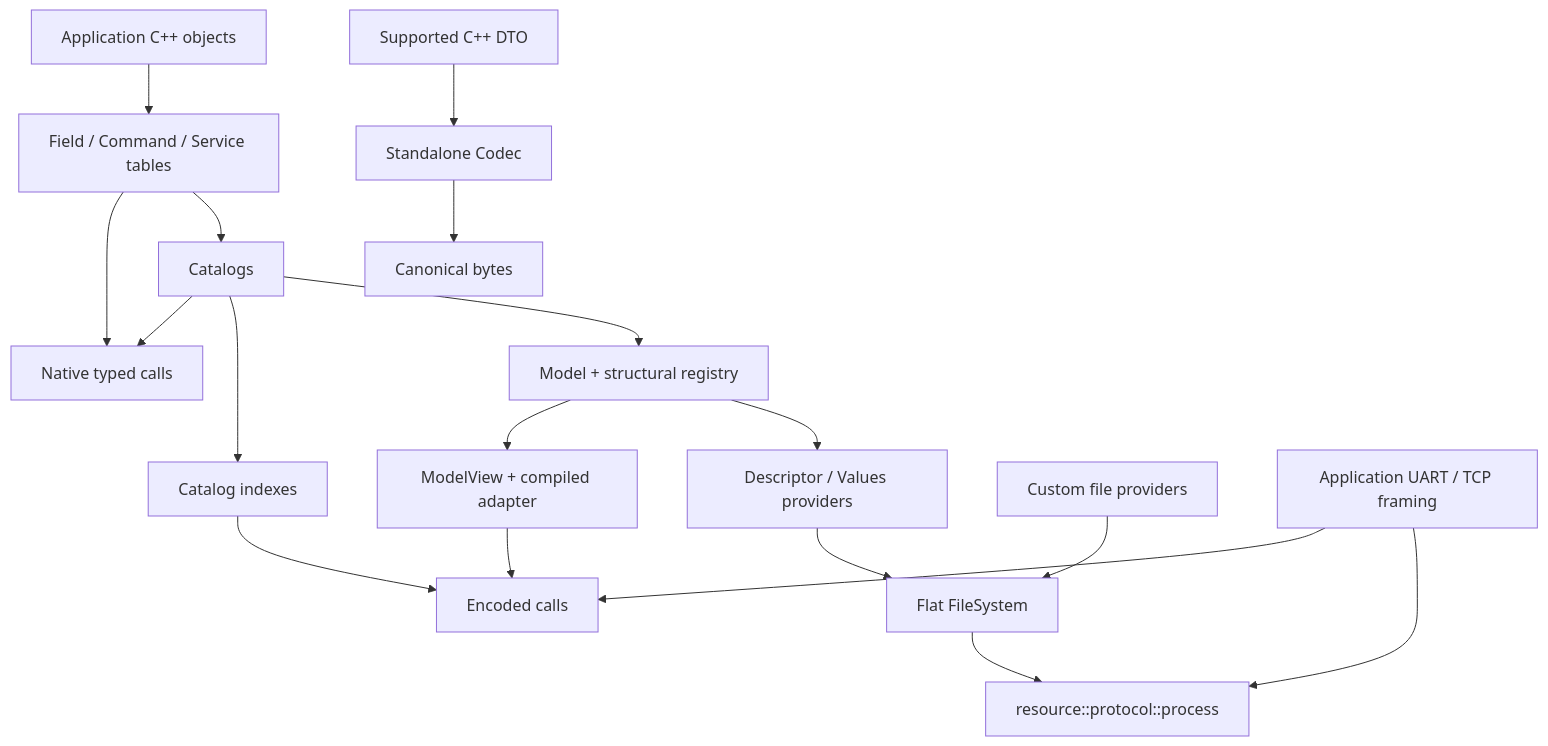
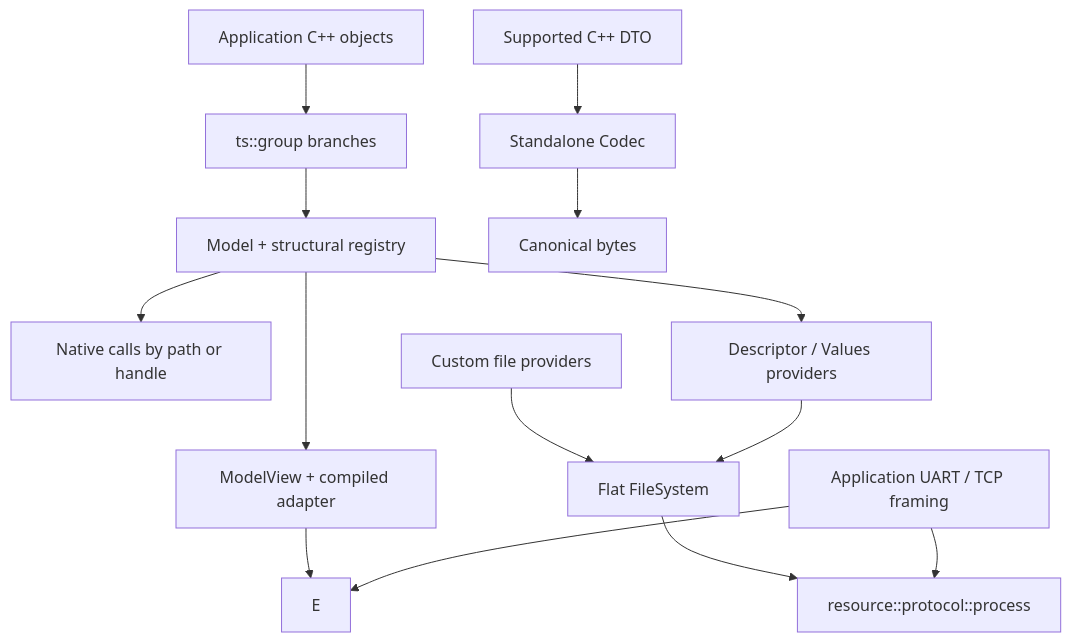
The diagram in doc/user/README.md (shpegun60/telemetry-sdk), drawn with Mermaid before and after one commit. The commit also changed other lines of this file and 43 other files, not shown here.

````diff
--- a/doc/user/README.md
+++ b/doc/user/README.md
@@ -91,20 +104,16 @@
 ```mermaid
 flowchart TD
-    A[Application C++ objects] --> B[Field / Command / Service tables]
-    B --> D[Native typed calls]
-    B --> C[Catalogs]
-    C --> D
-    C --> K[Catalog indexes]
-    K --> E[Encoded calls]
-    C --> M[Model + structural registry]
+    A[Application C++ objects] --> B[ts::group branches]
+    B --> M[Model + structural registry]
+    M --> D[Native calls by path or handle]
     M --> V[ModelView + compiled adapter]
     V --> E
     M --> F[Descriptor / Values providers]
     G[Custom file providers] --> H[Flat FileSystem]
     F --> H
     H --> I[resource::protocol::process]
     J[Application UART / TCP framing] --> E
     J --> I
     X[Supported C++ DTO] --> Y[Standalone Codec]
     Y --> Z[Canonical bytes]
 ```
````
